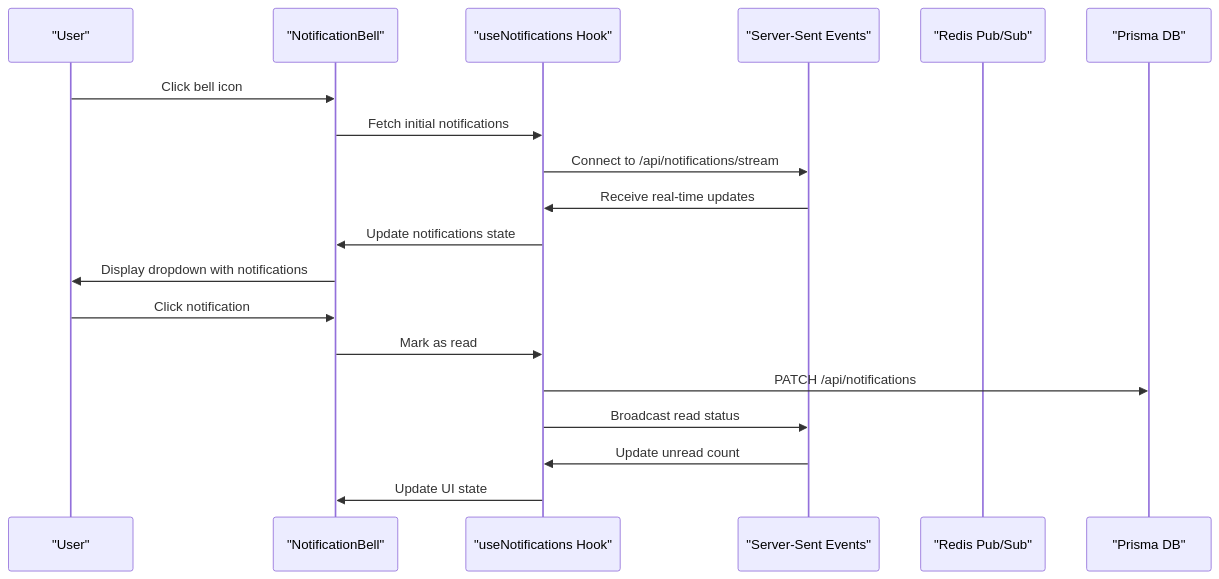
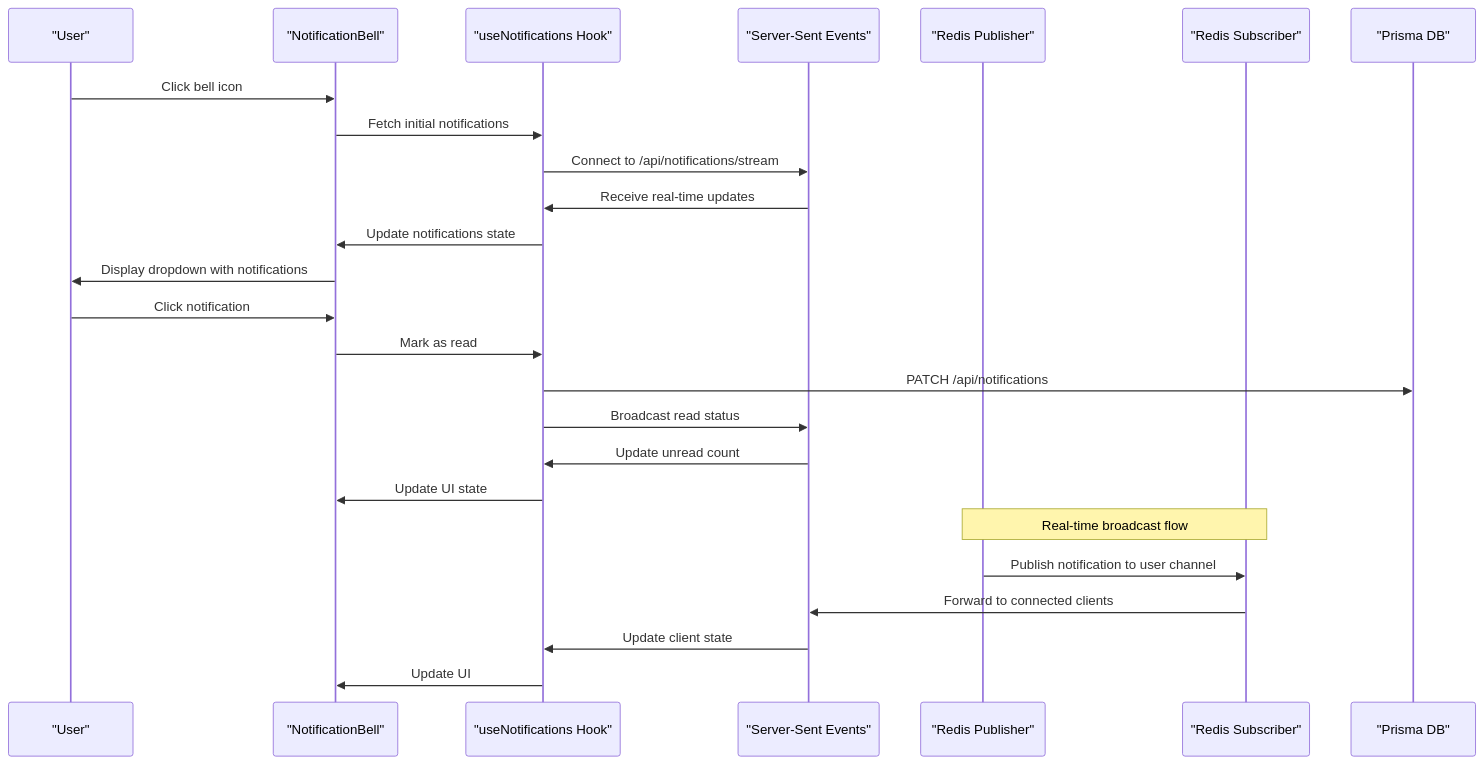
One commit to jrj444/git-daily changed the eighth of 10 diagrams in .qoder/repowiki/en/content/Frontend Components/Navigation and UI Elements.md. Above: the diagram before and after it, drawn with Mermaid. The commit also changed other lines of this file and 6 other files, not shown here.

````diff
--- a/.qoder/repowiki/en/content/Frontend Components/Navigation and UI Elements.md
+++ b/.qoder/repowiki/en/content/Frontend Components/Navigation and UI Elements.md
@@ -525,21 +540,27 @@
 ```mermaid
 sequenceDiagram
 participant User as "User"
 participant NotificationBell as "NotificationBell"
 participant useNotifications as "useNotifications Hook"
 participant SSE as "Server-Sent Events"
-participant Redis as "Redis Pub/Sub"
+participant RedisPub as "Redis Publisher"
+participant RedisSub as "Redis Subscriber"
 participant Database as "Prisma DB"
 User->>NotificationBell : Click bell icon
 NotificationBell->>useNotifications : Fetch initial notifications
 useNotifications->>SSE : Connect to /api/notifications/stream
 SSE->>useNotifications : Receive real-time updates
 useNotifications->>NotificationBell : Update notifications state
 NotificationBell->>User : Display dropdown with notifications
 User->>NotificationBell : Click notification
 NotificationBell->>useNotifications : Mark as read
 useNotifications->>Database : PATCH /api/notifications
 useNotifications->>SSE : Broadcast read status
 SSE->>useNotifications : Update unread count
 useNotifications->>NotificationBell : Update UI state
+Note over RedisPub,RedisSub : Real-time broadcast flow
+RedisPub->>RedisSub : Publish notification to user channel
+RedisSub->>SSE : Forward to connected clients
+SSE->>useNotifications : Update client state
+useNotifications->>NotificationBell : Update UI
 ```
````
